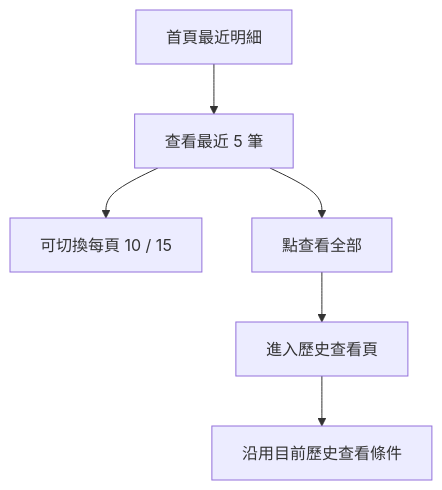
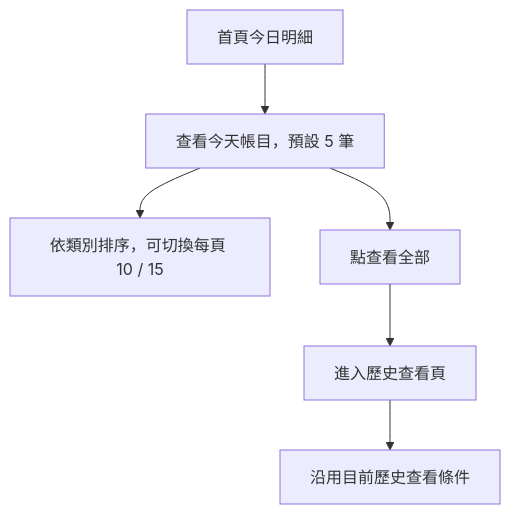
One commit to ivyliu1201/personal-accounting-app changed the fourth of 12 diagrams in FLOW.md. Above: the diagram before and after it, drawn with Mermaid. The commit also changed other lines of this file and 32 other files, not shown here.

````diff
--- a/FLOW.md
+++ b/FLOW.md
@@ -49,8 +49,8 @@
 ```mermaid
 flowchart TD
-A[首頁最近明細] --> B[查看最近 5 筆]
-B --> C[可切換每頁 10 / 15]
+A[首頁今日明細] --> B[查看今天帳目，預設 5 筆]
+B --> C[依類別排序，可切換每頁 10 / 15]
 B --> D[點查看全部]
 D --> E[進入歷史查看頁]
 E --> F[沿用目前歷史查看條件]
 ```
````
